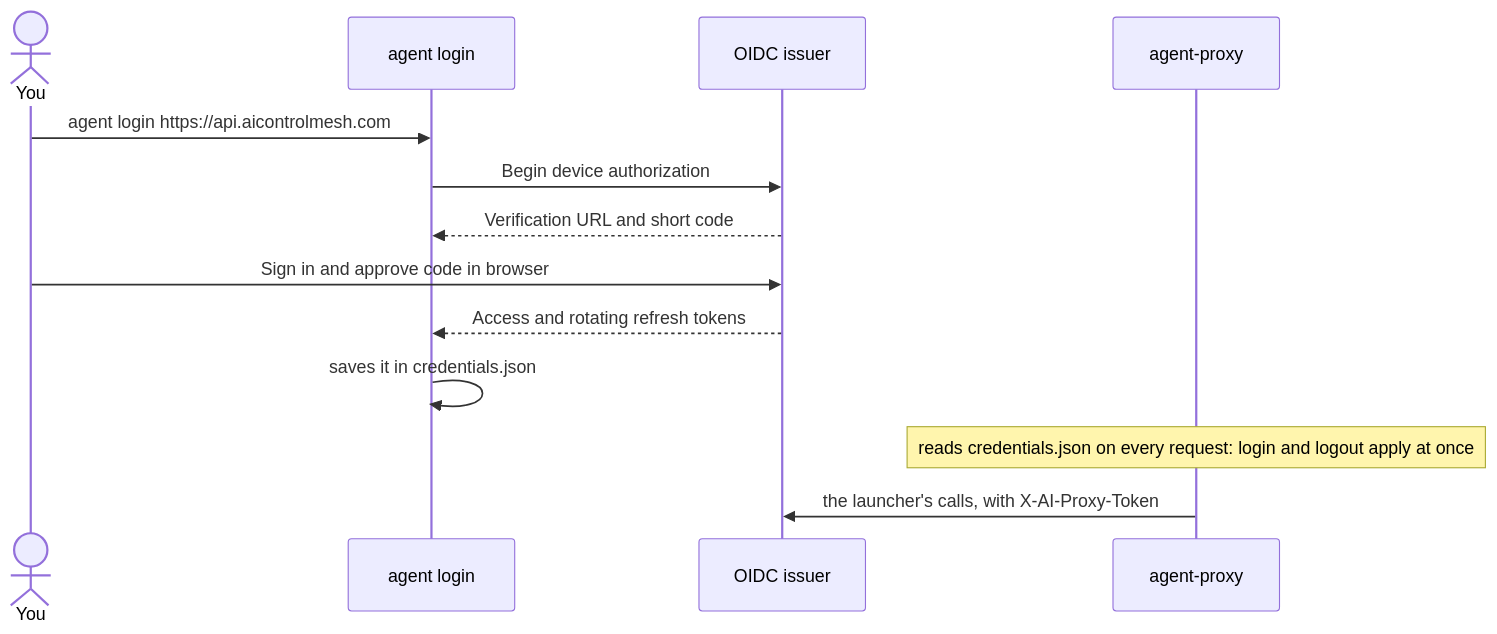
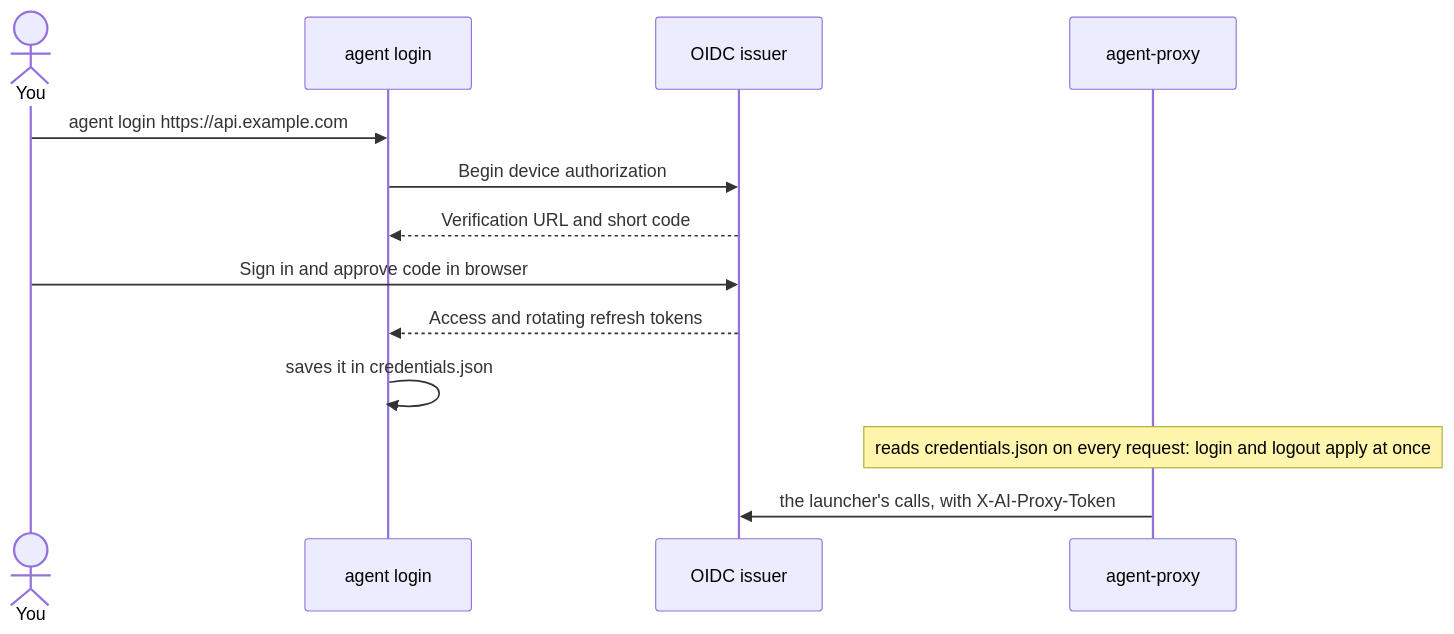
Before and after one commit to joeyenfield/ai-coding-agent-proxy: the diagram in docs/agents.md, drawn with Mermaid. The commit also changed other lines of this file and 21 other files, not shown here.

````diff
--- a/docs/agents.md
+++ b/docs/agents.md
@@ -156,15 +156,15 @@
 ```mermaid
 sequenceDiagram
   actor U as You
   participant L as agent login
   participant S as OIDC issuer
   participant P as agent-proxy
-  U->>L: agent login https://api.aicontrolmesh.com
+  U->>L: agent login https://api.example.com
   L->>S: Begin device authorization
   S-->>L: Verification URL and short code
   U->>S: Sign in and approve code in browser
   S-->>L: Access and rotating refresh tokens
   L->>L: saves it in credentials.json
   Note over P: reads credentials.json on every request: login and logout apply at once
   P->>S: the launcher's calls, with X-AI-Proxy-Token
 ```
````
